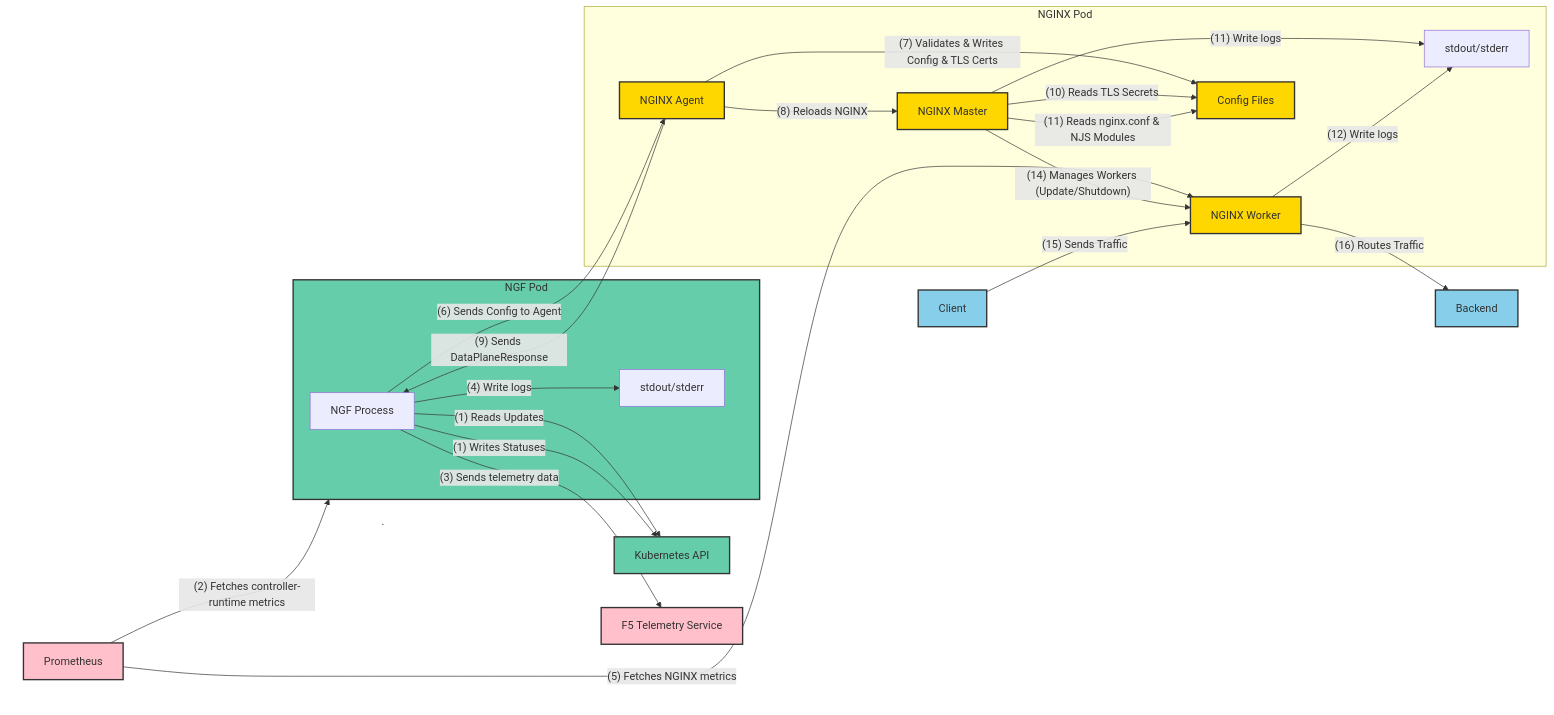
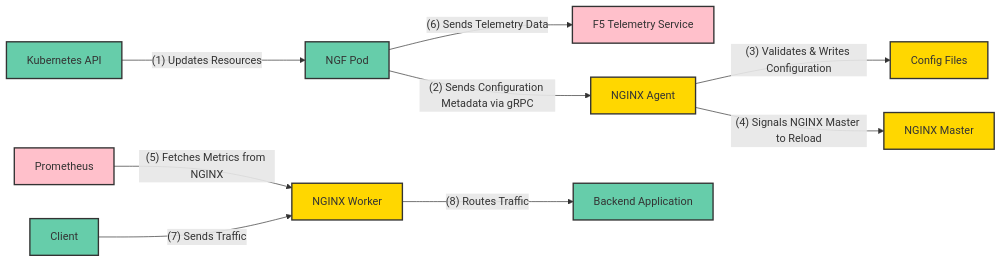
One commit to nginx/documentation changed the second of 2 diagrams in content/ngf/overview/gateway-architecture.md. Above: the diagram before and after it, drawn with Mermaid. The commit also changed other lines of this file, not shown here.

Commit message:
update user architecture guide

````diff
--- a/content/ngf/overview/gateway-architecture.md
+++ b/content/ngf/overview/gateway-architecture.md
@@ -259,78 +180,39 @@
 ```mermaid
 graph LR
     %% Main Components
     KubernetesAPI[Kubernetes API]
+    F5Telemetry[F5 Telemetry Service]
     PrometheusMonitor[Prometheus]
-    F5Telemetry[F5 Telemetry Service]
     NGFPod[NGF Pod]
-    NGINXPod[NGINX Pod]
+    NGINXAgent[NGINX Agent]
+    NGINXMaster[NGINX Master]
+    NGINXWorker[NGINX Worker]
+    ConfigFiles[Config Files]
     Client[Client]
-    Backend[Backend]
+    BackendApplication[Backend Application]
 
-    %% NGINX Pod Grouping
-    subgraph NGINXPod[NGINX Pod]
-        NGINXAgent[NGINX Agent]
-        NGINXMaster[NGINX Master]
-        NGINXWorker[NGINX Worker]
-        ConfigFiles[Config Files]
-        ContainerRuntimeNGINX[stdout/stderr]
-    end
+    %% High-Level Configuration Flow
+    KubernetesAPI -->|"(1) Updates Resources"| NGFPod
+    NGFPod -->|"(2) Sends Configuration Metadata via gRPC"| NGINXAgent
+    NGINXAgent -->|"(3) Validates & Writes Configuration"| ConfigFiles
+    NGINXAgent -->|"(4) Signals NGINX Master to Reload"| NGINXMaster
 
-    subgraph NGFPod[NGF Pod]
-        NGFProcess[NGF Process]
-        ContainerRuntimeNGF[stdout/stderr]
-    end
+    %% Prometheus Monitoring
+    PrometheusMonitor -->|"(5) Fetches Metrics from NGINX"| NGINXWorker
 
-    %% External Components Grouping
-    subgraph ExternalComponents[.]
-        KubernetesAPI[Kubernetes API]
-        PrometheusMonitor[Prometheus]
-        F5Telemetry[F5 Telemetry Service]
-    end
+    %% Telemetry Data
+    NGFPod -->|"(6) Sends Telemetry Data"| F5Telemetry
 
-    %% HTTPS: Communication with Kubernetes API
-    NGFProcess -- "(1) Reads Updates" --> KubernetesAPI
-    NGFProcess -- "(1) Writes Statuses" --> KubernetesAPI
-
-    %% Prometheus: Metrics Collection
-    PrometheusMonitor -- "(2) Fetches controller-runtime metrics" --> NGFPod
-    PrometheusMonitor -- "(5) Fetches NGINX metrics" --> NGINXWorker
-
-    %% Telemetry: Product telemetry data
-    NGFProcess -- "(3) Sends telemetry data" --> F5Telemetry
-
-    %% File I/O: Logging
-    NGFProcess -- "(4) Write logs" --> ContainerRuntimeNGF
-    NGINXMaster -- "(11) Write logs" --> ContainerRuntimeNGINX
-    NGINXWorker -- "(12) Write logs" --> ContainerRuntimeNGINX
-
-    %% gRPC: Configuration Updates
-    NGFProcess -- "(6) Sends Config to Agent" --> NGINXAgent
-    NGINXAgent -- "(7) Validates & Writes Config & TLS Certs" --> ConfigFiles
-    NGINXAgent -- "(8) Reloads NGINX" --> NGINXMaster
-    NGINXAgent -- "(9) Sends DataPlaneResponse" --> NGFProcess
-
-    %% File I/O: Configuration and Secrets
-    NGINXMaster -- "(10) Reads TLS Secrets" --> ConfigFiles
-    NGINXMaster -- "(11) Reads nginx.conf & NJS Modules" --> ConfigFiles
-
-    %% Signals: Worker Lifecycle Management
-    NGINXMaster -- "(14) Manages Workers (Update/Shutdown)" --> NGINXWorker
-
-    %% Traffic Flow
-    Client -- "(15) Sends Traffic" --> NGINXWorker
-    NGINXWorker -- "(16) Routes Traffic" --> Backend
+    %% Client Traffic Flow
+    Client -->|"(7) Sends Traffic"| NGINXWorker
+    NGINXWorker -->|"(8) Routes Traffic"| BackendApplication
 
     %% Styling
     classDef important fill:#66CDAA,stroke:#333,stroke-width:2px;
     classDef metrics fill:#FFC0CB,stroke:#333,stroke-width:2px;
     classDef io fill:#FFD700,stroke:#333,stroke-width:2px;
-    classDef signal fill:#87CEEB,stroke:#333,stroke-width:2px;
-    style ExternalComponents fill:transparent,stroke-width:0px
-
-    %% Class Assignments for Node Colors
-    class NGFPod,KubernetesAPI important;
+    class KubernetesAPI,NGFPod important;
     class PrometheusMonitor,F5Telemetry metrics;
-    class ConfigFiles,NGINXMaster,NGINXWorker,NGINXAgent io;
-    class Client,Backend signal;
+    class NGINXAgent,NGINXMaster,NGINXWorker,ConfigFiles io;
+    class Client,BackendApplication important;
 ```
````
